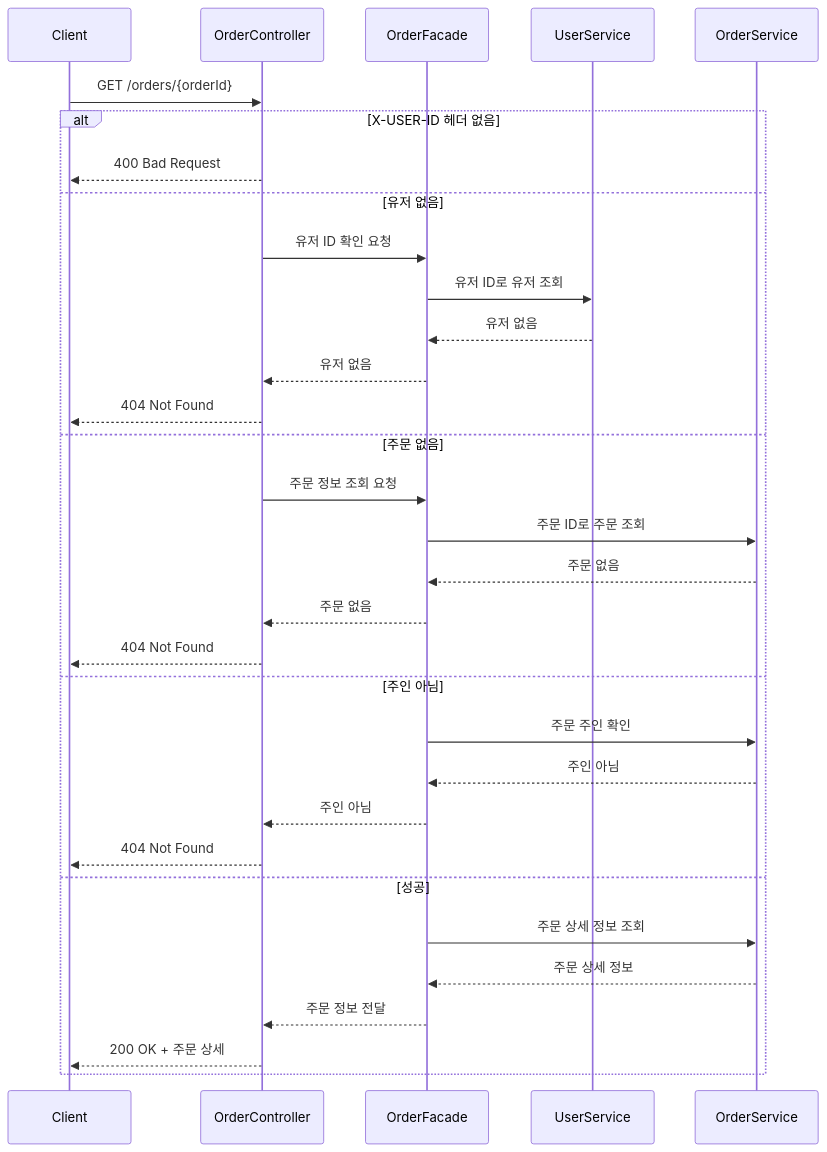
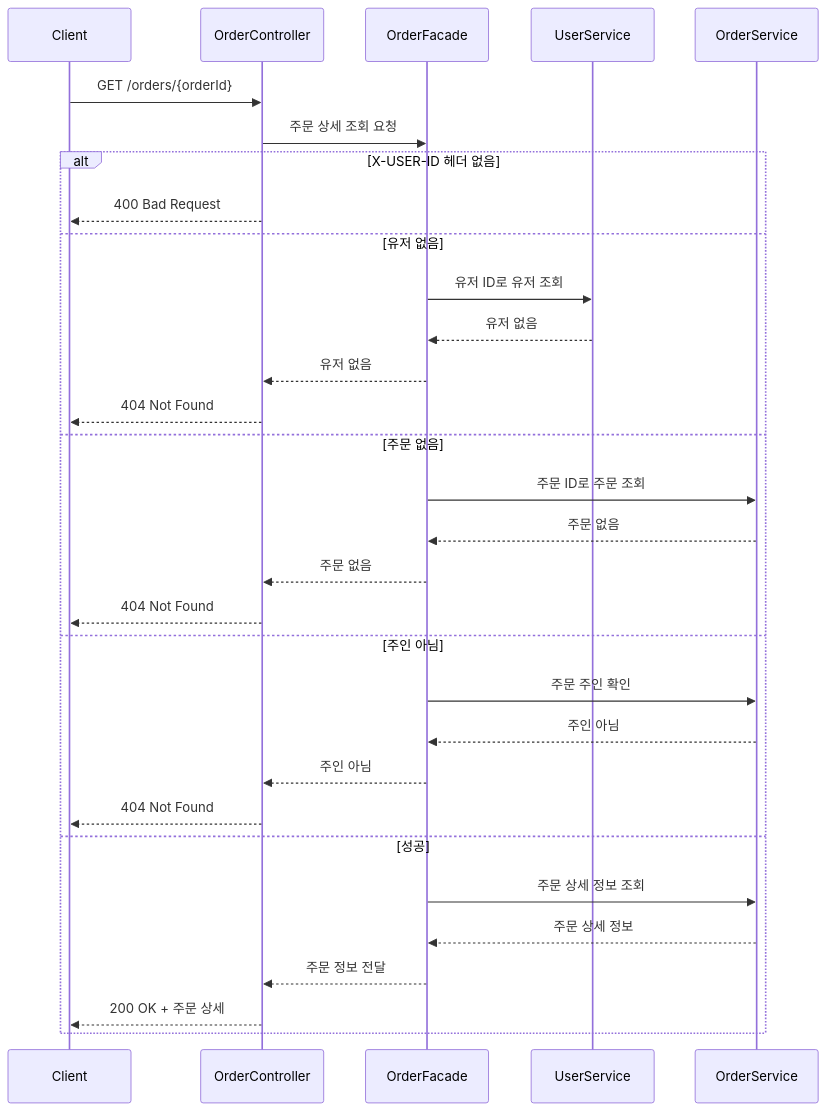
One commit to HYEONMIN94/loopers-spring-kotlin-template changed diagram 12 of 15 in docs/design/02-sequence-diagrams.md. Above: the diagram before and after it, drawn with Mermaid. The commit also changed other lines of this file, not shown here.

````diff
--- a/docs/design/02-sequence-diagrams.md
+++ b/docs/design/02-sequence-diagrams.md
@@ -440,36 +437,35 @@
 ```mermaid
 sequenceDiagram
     participant Client
     participant OrderController
     participant OrderFacade
     participant UserService
     participant OrderService
 
     Client->>OrderController: GET /orders/{orderId}
+    OrderController->>OrderFacade: 주문 상세 조회 요청
 
     alt X-USER-ID 헤더 없음
         OrderController-->>Client: 400 Bad Request
     else 유저 없음
-        OrderController->>OrderFacade: 유저 ID 확인 요청
         OrderFacade->>UserService: 유저 ID로 유저 조회
         UserService-->>OrderFacade: 유저 없음
         OrderFacade-->>OrderController: 유저 없음
         OrderController-->>Client: 404 Not Found
     else 주문 없음
-        OrderController->>OrderFacade: 주문 정보 조회 요청
         OrderFacade->>OrderService: 주문 ID로 주문 조회
         OrderService-->>OrderFacade: 주문 없음
         OrderFacade-->>OrderController: 주문 없음
         OrderController-->>Client: 404 Not Found
     else 주인 아님
         OrderFacade->>OrderService: 주문 주인 확인
         OrderService-->>OrderFacade: 주인 아님
         OrderFacade-->>OrderController: 주인 아님
         OrderController-->>Client: 404 Not Found
     else 성공
         OrderFacade->>OrderService: 주문 상세 정보 조회
         OrderService-->>OrderFacade: 주문 상세 정보
         OrderFacade-->>OrderController: 주문 정보 전달
         OrderController-->>Client: 200 OK + 주문 상세
     end
 ```
````
